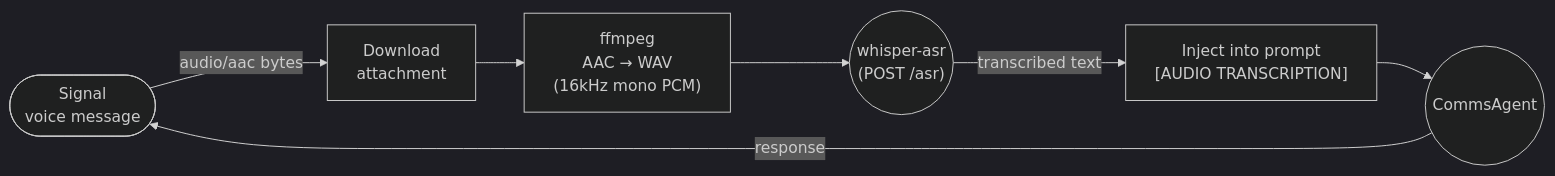
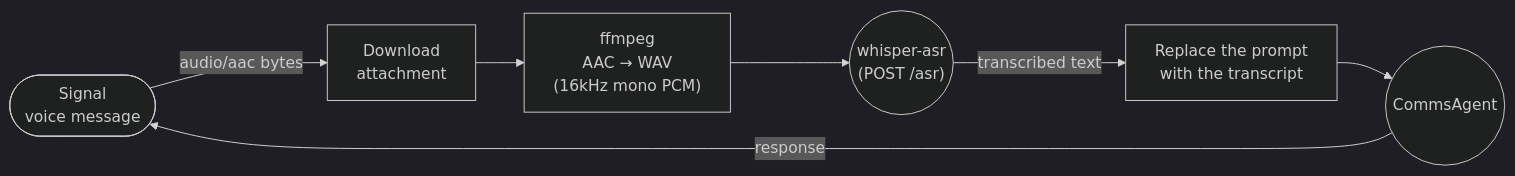
The first of 4 diagrams in src/CasCap.SmartHaus/README.md (f2calv/SmartHaus), drawn with Mermaid (dark theme) before and after one commit. The commit also changed other lines of this file and 7 other files, not shown here.

````diff
--- a/src/CasCap.SmartHaus/README.md
+++ b/src/CasCap.SmartHaus/README.md
@@ -150,9 +150,9 @@
 ```mermaid
 flowchart LR
     SIGNAL(["Signal<br/>voice message"]) -->|audio/aac bytes| DOWNLOAD["Download<br/>attachment"]
     DOWNLOAD --> TRANSCODE["ffmpeg<br/>AAC → WAV<br/>(16kHz mono PCM)"]
     TRANSCODE --> WHISPER(("whisper-asr<br/>(POST /asr)"))
-    WHISPER -->|transcribed text| INJECT["Inject into prompt<br/>[AUDIO TRANSCRIPTION]"]
+    WHISPER -->|transcribed text| INJECT["Replace the prompt<br/>with the transcript"]
     INJECT --> COMMS(("CommsAgent"))
     COMMS -->|response| SIGNAL
 ```
````
